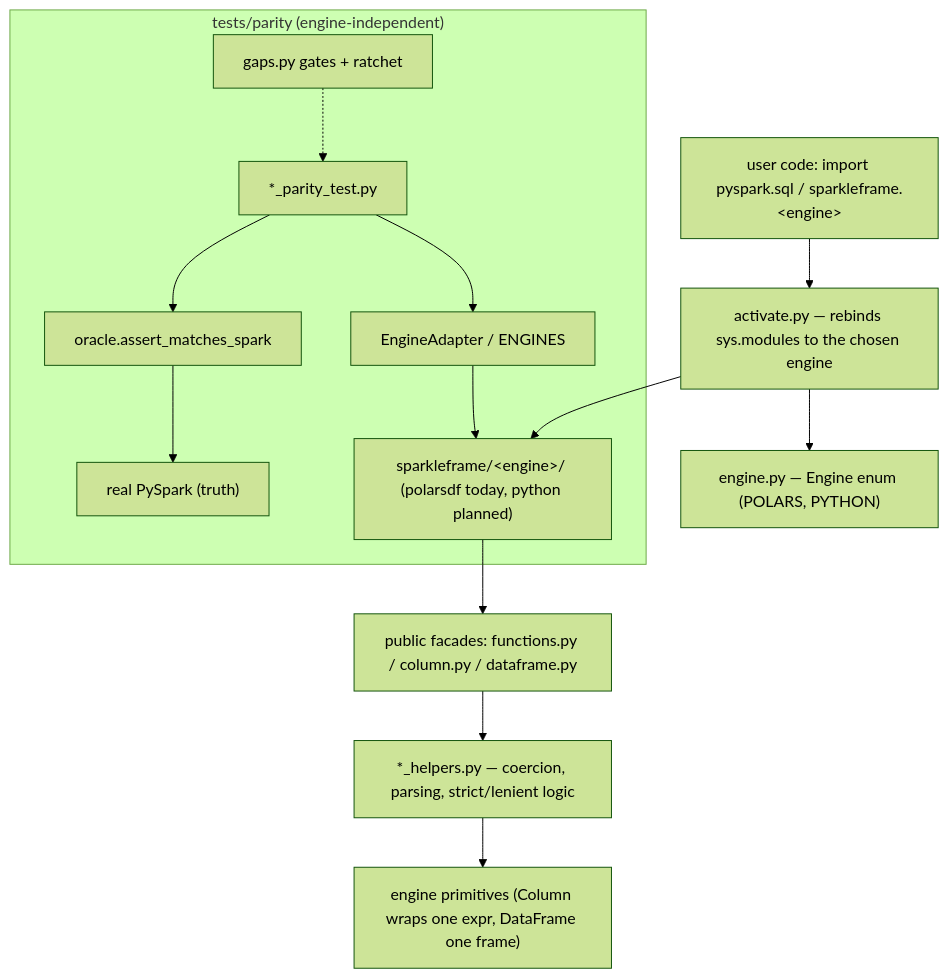
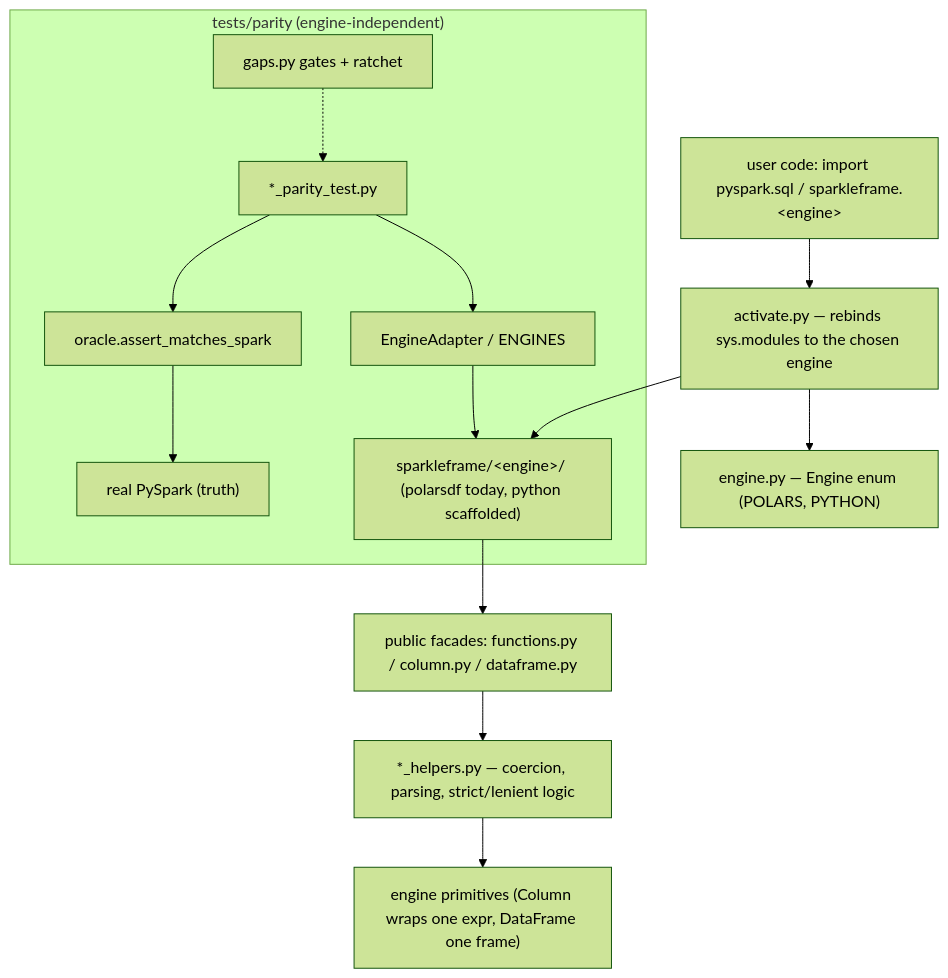
One commit to flypipe/sparkleframe changed the diagram in ARCHITECTURE.md. Above: the diagram before and after it, drawn with Mermaid (forest theme). The commit also changed other lines of this file and 23 other files, not shown here.

Commit message:
feat(python): scaffold the pure-Python engine package (#108)

````diff
--- a/ARCHITECTURE.md
+++ b/ARCHITECTURE.md
@@ -83,21 +83,21 @@
 ```mermaid
 flowchart TD
     user["user code: import pyspark.sql / sparkleframe.&lt;engine&gt;"]
     activate["activate.py — rebinds sys.modules to the chosen engine"]
     engineenum["engine.py — Engine enum (POLARS, PYTHON)"]
-    pkg["sparkleframe/&lt;engine&gt;/ (polarsdf today, python planned)"]
+    pkg["sparkleframe/&lt;engine&gt;/ (polarsdf today, python scaffolded)"]
     facade["public facades: functions.py / column.py / dataframe.py"]
     helpers["*_helpers.py — coercion, parsing, strict/lenient logic"]
     prim["engine primitives (Column wraps one expr, DataFrame one frame)"]
 
     user --> activate --> engineenum
     activate --> pkg --> facade --> helpers --> prim
 
     subgraph parity["tests/parity (engine-independent)"]
       test["*_parity_test.py"] --> adapter["EngineAdapter / ENGINES"]
       adapter --> pkg
       test --> oracle["oracle.assert_matches_spark"]
       oracle --> spark["real PySpark (truth)"]
       gaps["gaps.py gates + ratchet"] -.-> test
     end
 ```
````
